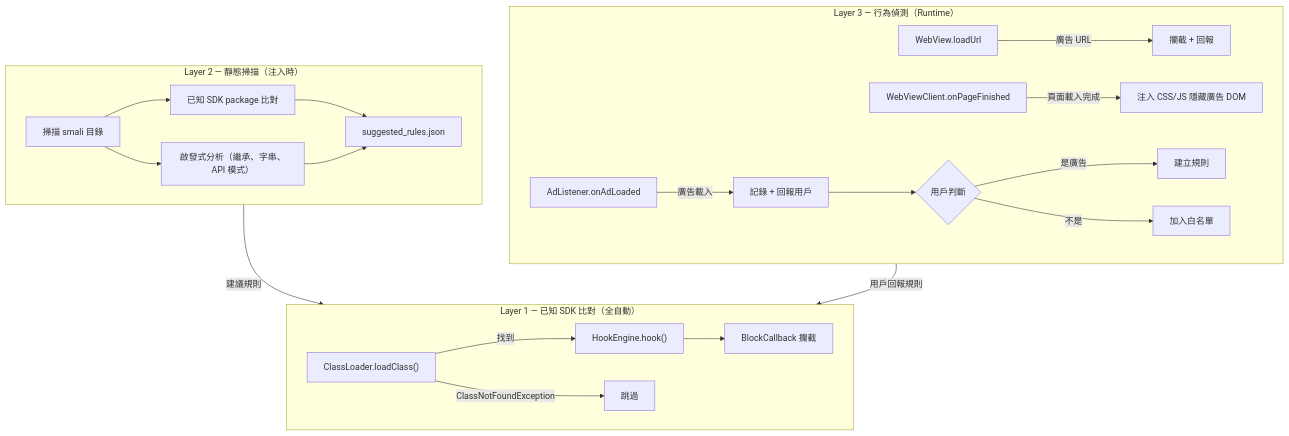
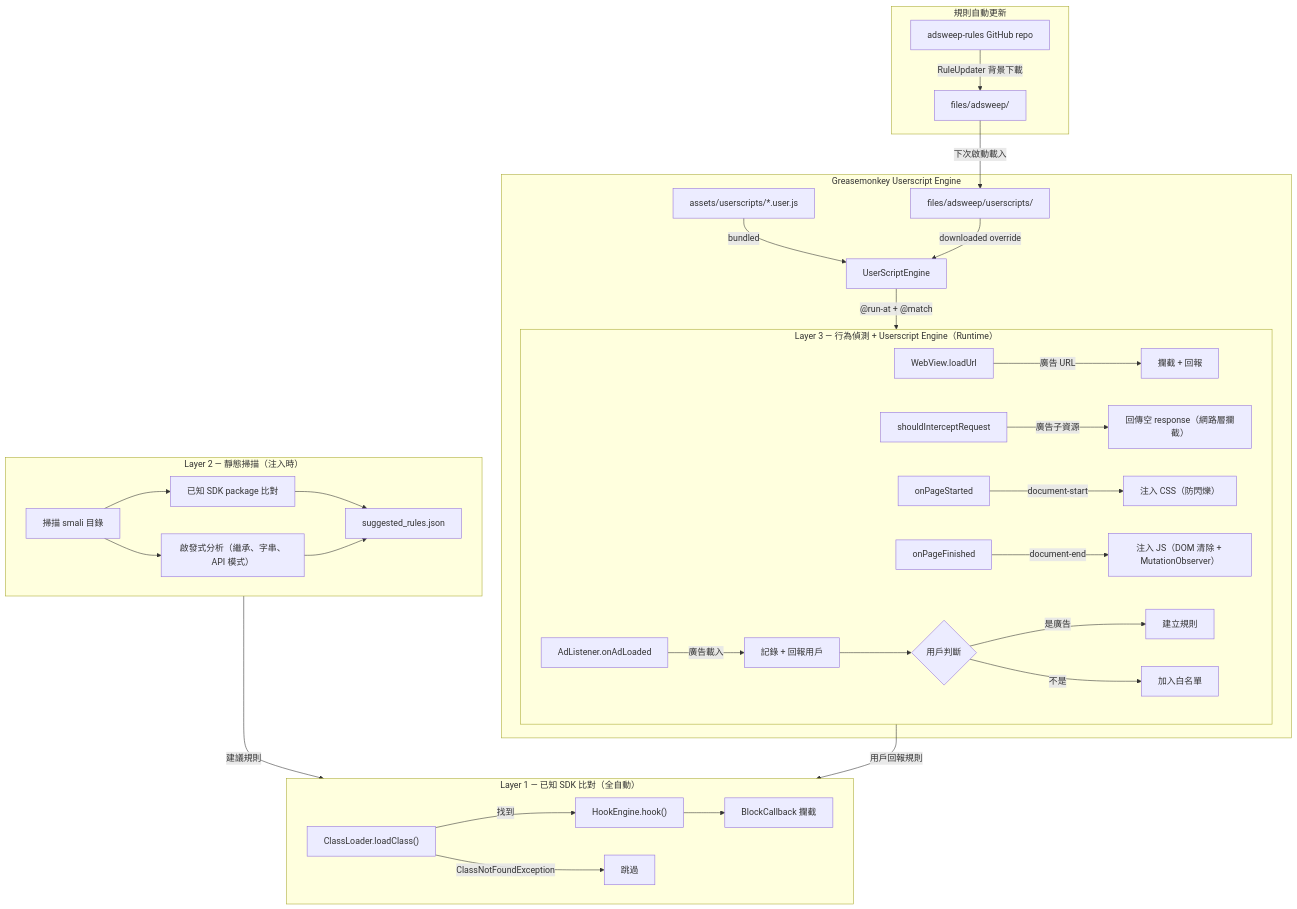
Before and after one commit to tzyyung/AdSweep: the fifth of 11 diagrams in doc/ARCHITECTURE.md, drawn with Mermaid. The commit also changed 3 other files, not shown here.

First line of the commit message:
Update docs: Greasemonkey engine, auto-update, AccuWeather debugging

````diff
--- a/doc/ARCHITECTURE.md
+++ b/doc/ARCHITECTURE.md
@@ -183,27 +183,40 @@
 ```mermaid
 graph TB
     subgraph Layer1["Layer 1 — 已知 SDK 比對（全自動）"]
         L1A["ClassLoader.loadClass()"] -->|找到| L1B["HookEngine.hook()"]
         L1A -->|ClassNotFoundException| L1C[跳過]
         L1B --> L1D["BlockCallback 攔截"]
     end
 
     subgraph Layer2["Layer 2 — 靜態掃描（注入時）"]
         L2A[掃描 smali 目錄] --> L2B[已知 SDK package 比對]
         L2A --> L2C["啟發式分析（繼承、字串、API 模式）"]
         L2B --> L2D[suggested_rules.json]
         L2C --> L2D
     end
 
-    subgraph Layer3["Layer 3 — 行為偵測（Runtime）"]
+    subgraph Layer3["Layer 3 — 行為偵測 + Userscript Engine（Runtime）"]
         L3A["WebView.loadUrl"] -->|廣告 URL| L3B[攔截 + 回報]
-        L3H["WebViewClient.onPageFinished"] -->|頁面載入完成| L3I["注入 CSS/JS 隱藏廣告 DOM"]
+        L3R["shouldInterceptRequest"] -->|廣告子資源| L3S["回傳空 response（網路層攔截）"]
+        L3H["onPageStarted"] -->|document-start| L3I["注入 CSS（防閃爍）"]
+        L3J["onPageFinished"] -->|document-end| L3K["注入 JS（DOM 清除 + MutationObserver）"]
         L3C["AdListener.onAdLoaded"] -->|廣告載入| L3D[記錄 + 回報用戶]
         L3D --> L3E{用戶判斷}
         L3E -->|是廣告| L3F[建立規則]
         L3E -->|不是| L3G[加入白名單]
     end
 
+    subgraph Userscript["Greasemonkey Userscript Engine"]
+        US1["assets/userscripts/*.user.js"] -->|bundled| US3[UserScriptEngine]
+        US2["files/adsweep/userscripts/"] -->|downloaded override| US3
+        US3 -->|"@run-at + @match"| Layer3
+    end
+
+    subgraph AutoUpdate["規則自動更新"]
+        AU1["adsweep-rules GitHub repo"] -->|RuleUpdater 背景下載| AU2["files/adsweep/"]
+        AU2 -->|"下次啟動載入"| US2
+    end
+
     Layer2 -->|建議規則| Layer1
     Layer3 -->|用戶回報規則| Layer1
 ```
````
